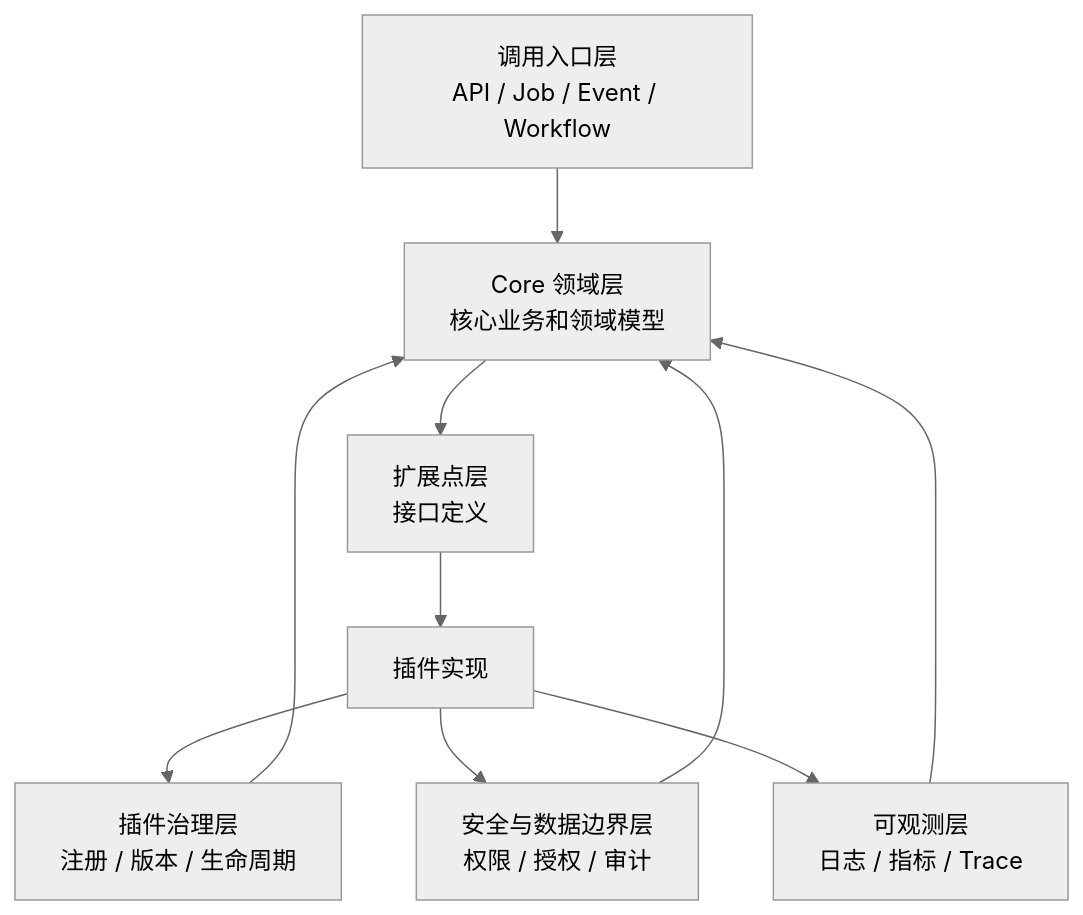
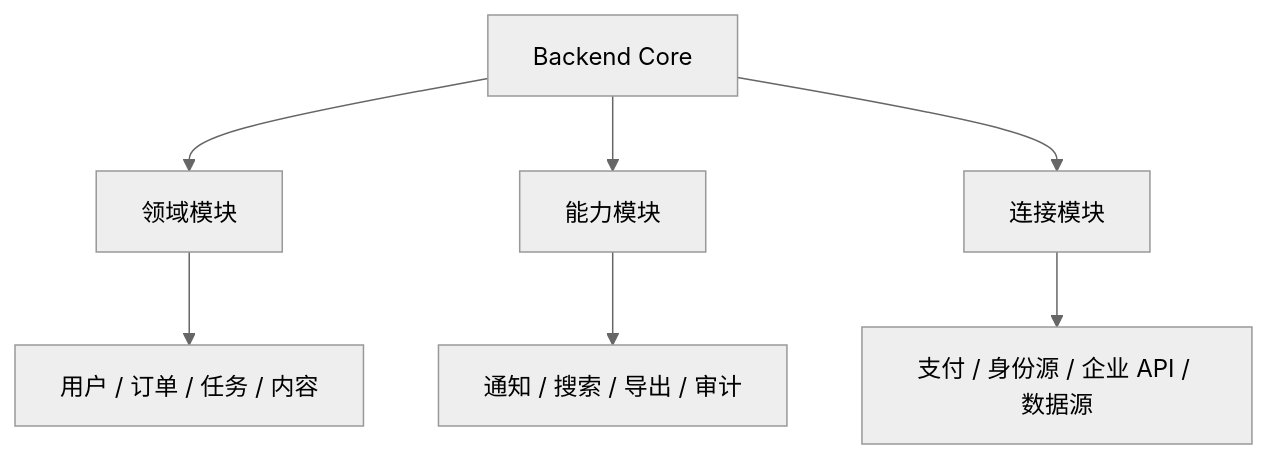
Before and after one commit to XiaoYang1127/dev-doc: the second of 5 diagrams in job/mod/backend-plugin-modularization.md, drawn with Mermaid (neutral theme). The commit also changed other lines of this file and 5 other files, not shown here.

````diff
--- a/job/mod/backend-plugin-modularization.md
+++ b/job/mod/backend-plugin-modularization.md
@@ -133,14 +98,10 @@
 ```mermaid
 flowchart TB
-    Entry[调用入口层<br/>API / Job / Event / Workflow] --> Core[Core 领域层<br/>核心业务和领域模型]
-    Core --> EP[扩展点层<br/>接口定义]
-    EP --> Plugin[插件实现]
+    Core[Backend Core] --> Domain[领域模块]
+    Core --> Capability[能力模块]
+    Core --> Connector[连接模块]
 
-    Plugin --> Governance[插件治理层<br/>注册 / 版本 / 生命周期]
-    Plugin --> Security[安全与数据边界层<br/>权限 / 授权 / 审计]
-    Plugin --> Obs[可观测层<br/>日志 / 指标 / Trace]
-
-    Governance --> Core
-    Security --> Core
-    Obs --> Core
+    Domain --> User[用户 / 订单 / 任务 / 内容]
+    Capability --> Common[通知 / 搜索 / 导出 / 审计]
+    Connector --> External[支付 / 身份源 / 企业 API / 数据源]
 ```
````
